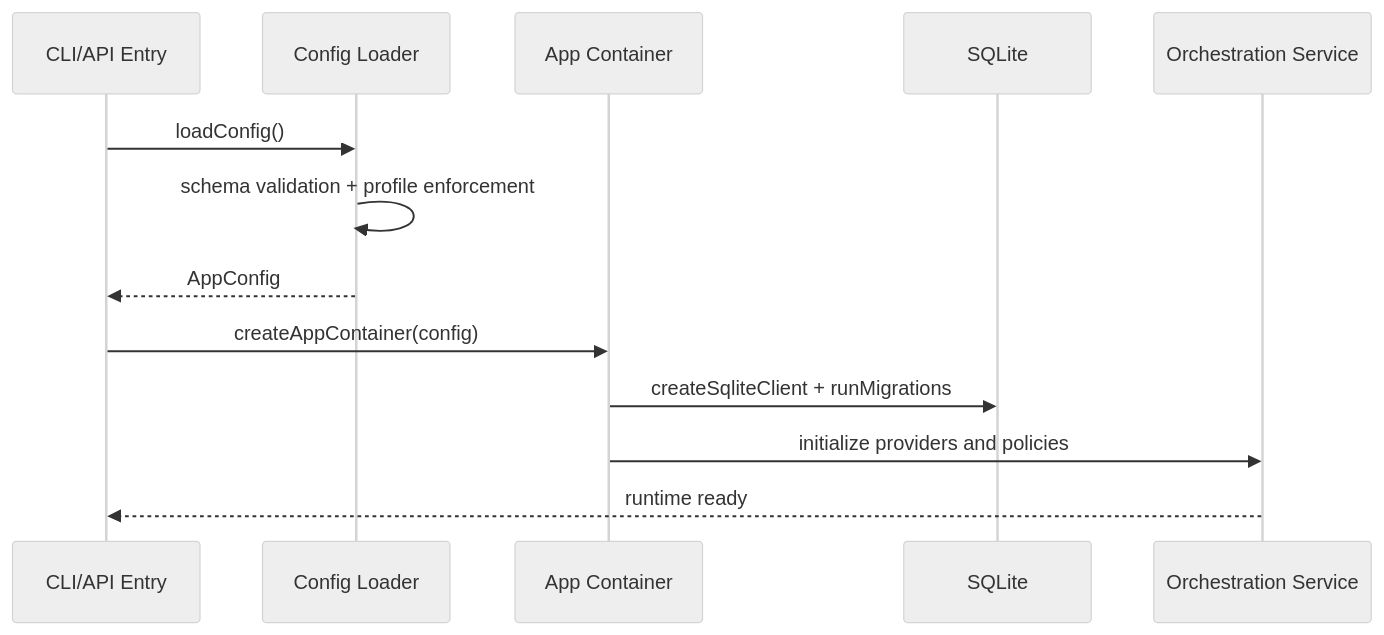
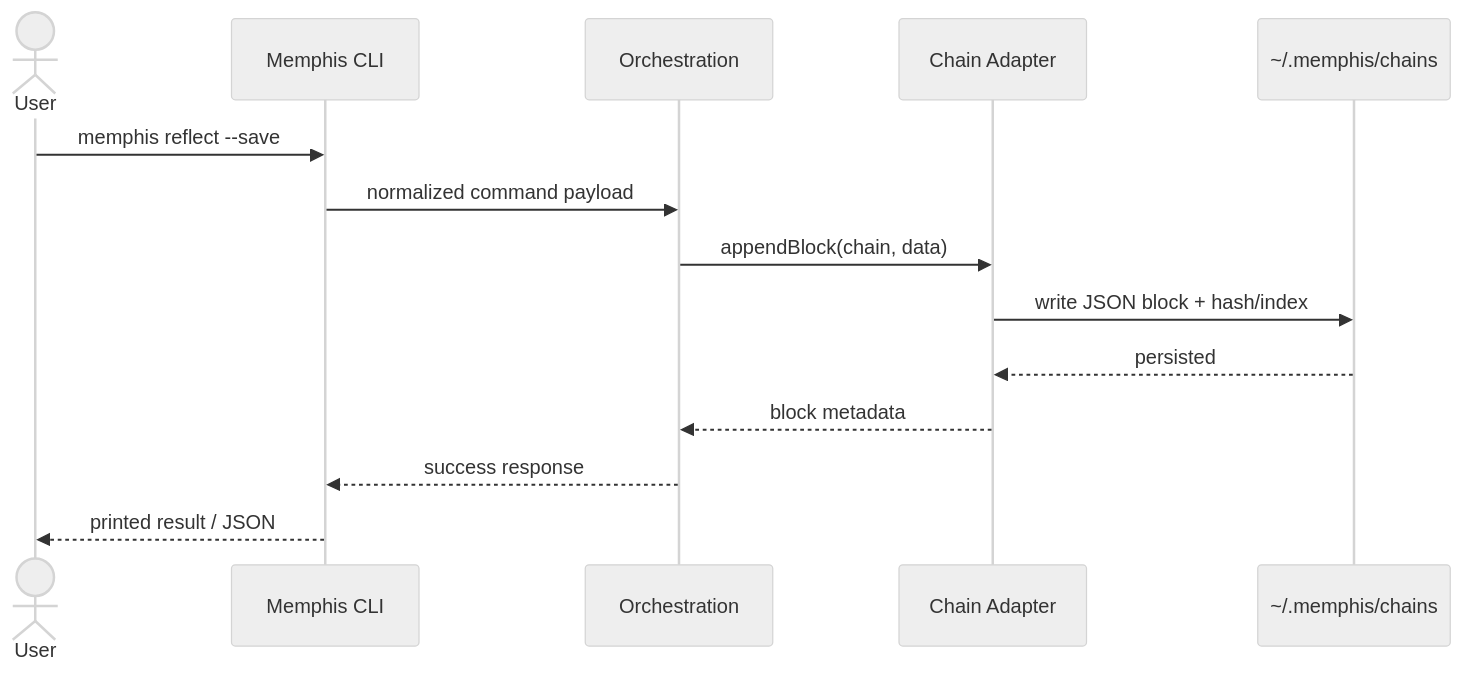
The second of 4 diagrams in docs/ARCHITECTURE.md (Memphis-Chains/memphis), drawn with Mermaid (neutral theme) before and after one commit. The commit also changed other lines of this file and 16 other files, not shown here.

````diff
--- a/docs/ARCHITECTURE.md
+++ b/docs/ARCHITECTURE.md
@@ -84,16 +45,17 @@
 ```mermaid
 sequenceDiagram
-  participant CLI as CLI/API Entry
-  participant CFG as Config Loader
-  participant CTR as App Container
-  participant DB as SQLite
-  participant ORCH as Orchestration Service
+    actor User
+    participant CLI as Memphis CLI
+    participant Orch as Orchestration
+    participant Chain as Chain Adapter
+    participant Store as ~/.memphis/chains
 
-  CLI->>CFG: loadConfig()
-  CFG->>CFG: schema validation + profile enforcement
-  CFG-->>CLI: AppConfig
-  CLI->>CTR: createAppContainer(config)
-  CTR->>DB: createSqliteClient + runMigrations
-  CTR->>ORCH: initialize providers and policies
-  ORCH-->>CLI: runtime ready
+    User->>CLI: memphis reflect --save
+    CLI->>Orch: normalized command payload
+    Orch->>Chain: appendBlock(chain, data)
+    Chain->>Store: write JSON block + hash/index
+    Store-->>Chain: persisted
+    Chain-->>Orch: block metadata
+    Orch-->>CLI: success response
+    CLI-->>User: printed result / JSON
 ```
````
